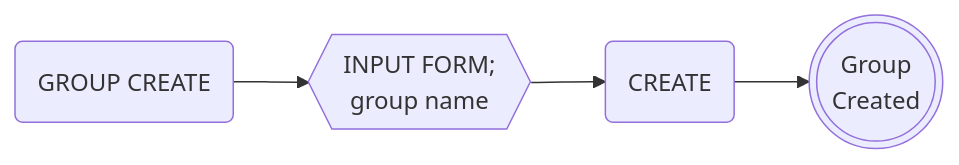
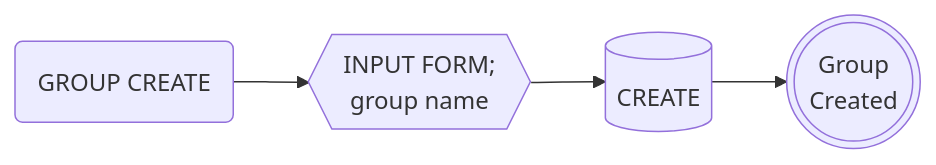
Before and after one commit to withcenterdev5/fireflutter: the first of 2 diagrams in etc/docs/README.en.md, drawn with Mermaid. The commit also changed other lines of this file and 2 other files, not shown here.

Commit message:
mermaid doc update

````diff
--- a/etc/docs/README.en.md
+++ b/etc/docs/README.en.md
@@ -256,6 +259,6 @@
 ```mermaid
 flowchart LR
   START(GROUP CREATE)
     --> FORM{{INPUT FORM;<br>group name}}
-      --> SAVE(CREATE) --> END(((Group\nCreated)))
+      --> SAVE[(CREATE)] --> END(((Group\nCreated)))
 ```
````
